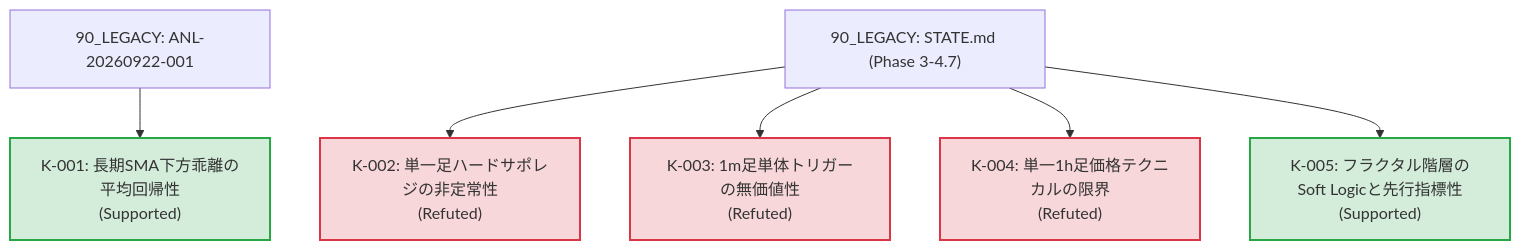
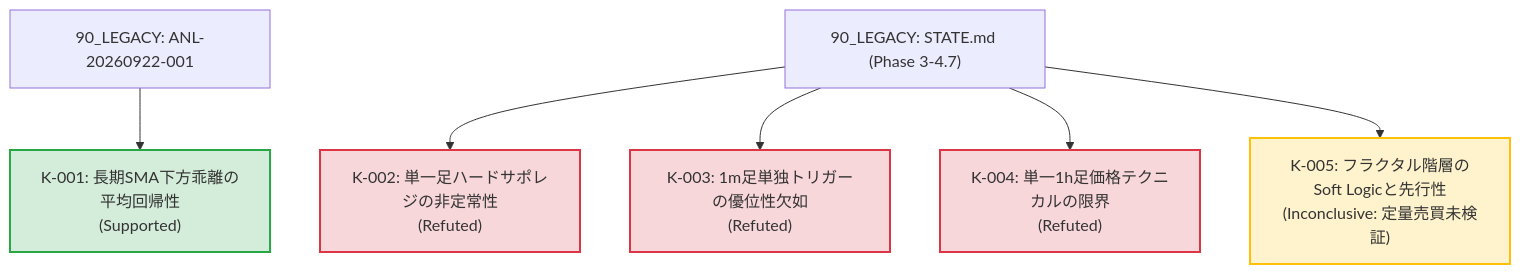
Before and after one commit to makagi/MTF_AI_Trade: the diagram in 03_KNOWLEDGE/knowledge-lineage.md, drawn with Mermaid. The commit also changed other lines of this file and 2 other files, not shown here.

````diff
--- a/03_KNOWLEDGE/knowledge-lineage.md
+++ b/03_KNOWLEDGE/knowledge-lineage.md
@@ -15,17 +28,18 @@
 ```mermaid
 graph TD
     classDef supported fill:#d4edda,stroke:#28a745,stroke-width:2px;
     classDef refuted fill:#f8d7da,stroke:#dc3545,stroke-width:2px;
+    classDef inconclusive fill:#fff3cd,stroke:#ffc107,stroke-width:2px;
 
     K001["K-001: 長期SMA下方乖離の平均回帰性<br/>(Supported)"]:::supported
     K002["K-002: 単一足ハードサポレジの非定常性<br/>(Refuted)"]:::refuted
-    K003["K-003: 1m足単体トリガーの無価値性<br/>(Refuted)"]:::refuted
+    K003["K-003: 1m足単独トリガーの優位性欠如<br/>(Refuted)"]:::refuted
     K004["K-004: 単一1h足価格テクニカルの限界<br/>(Refuted)"]:::refuted
-    K005["K-005: フラクタル階層のSoft Logicと先行指標性<br/>(Supported)"]:::supported
+    K005["K-005: フラクタル階層のSoft Logicと先行性<br/>(Inconclusive: 定量売買未検証)"]:::inconclusive
 
     LEG_ANL1["90_LEGACY: ANL-20260922-001"] --> K001
     LEG_STATE["90_LEGACY: STATE.md (Phase 3-4.7)"] --> K002
     LEG_STATE --> K003
     LEG_STATE --> K004
     LEG_STATE --> K005
 ```
````
